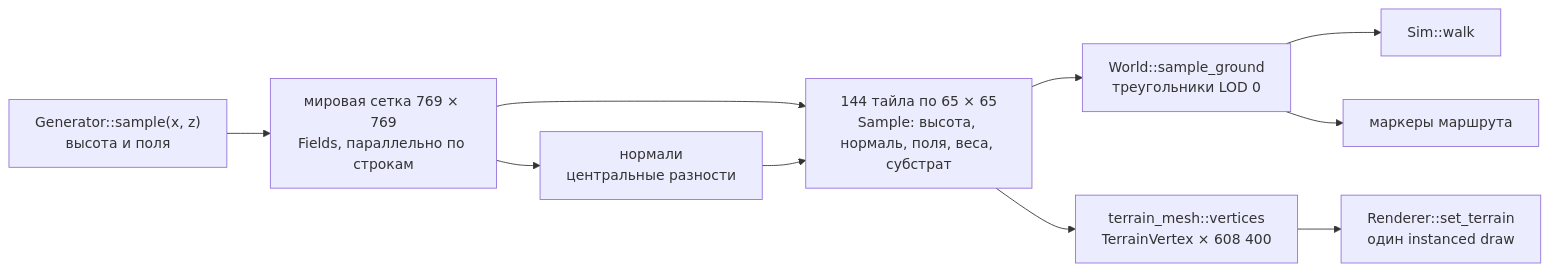
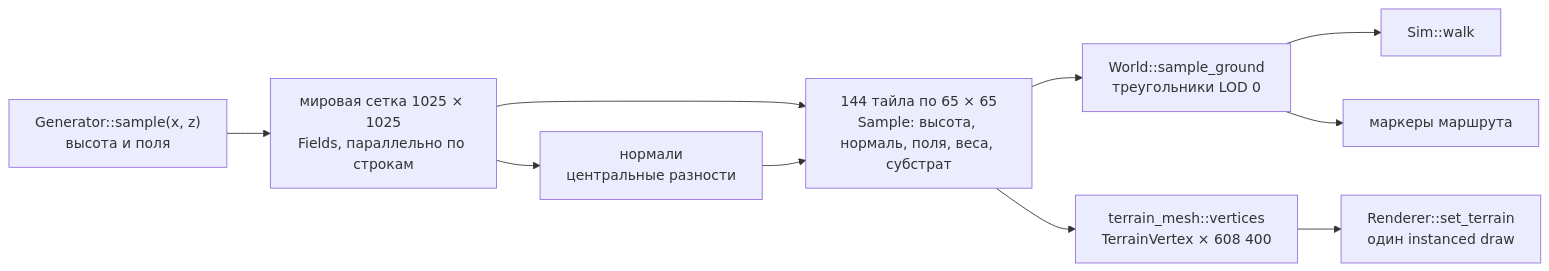
One commit to vladislav-vasilenko/mycelium-engine changed the diagram in architecture/02-terrain.md. Above: the diagram before and after it, drawn with Mermaid. The commit also changed other lines of this file and 17 other files, not shown here.

````diff
--- a/architecture/02-terrain.md
+++ b/architecture/02-terrain.md
@@ -10,12 +10,12 @@
 ```mermaid
 flowchart LR
-    gen["Generator::sample(x, z)<br/>высота и поля"] --> grid["мировая сетка 769 × 769<br/>Fields, параллельно по строкам"]
+    gen["Generator::sample(x, z)<br/>высота и поля"] --> grid["мировая сетка 1025 × 1025<br/>Fields, параллельно по строкам"]
     grid --> normals["нормали<br/>центральные разности"]
     grid --> tiles["144 тайла по 65 × 65<br/>Sample: высота, нормаль, поля, веса, субстрат"]
     normals --> tiles
     tiles --> ground["World::sample_ground<br/>треугольники LOD 0"]
     tiles --> mesh["terrain_mesh::vertices<br/>TerrainVertex × 608 400"]
     ground --> sim["Sim::walk"]
     ground --> markers["маркеры маршрута"]
     mesh --> gpu["Renderer::set_terrain<br/>один instanced draw"]
 ```
````
